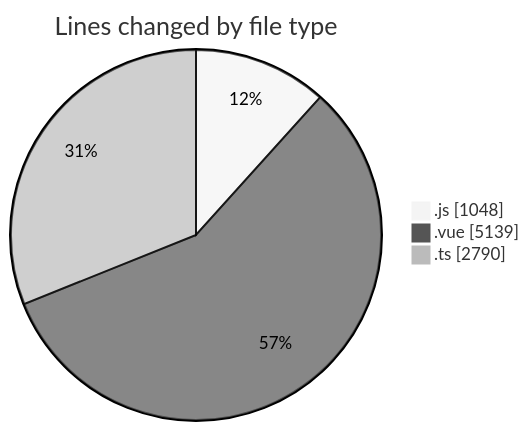
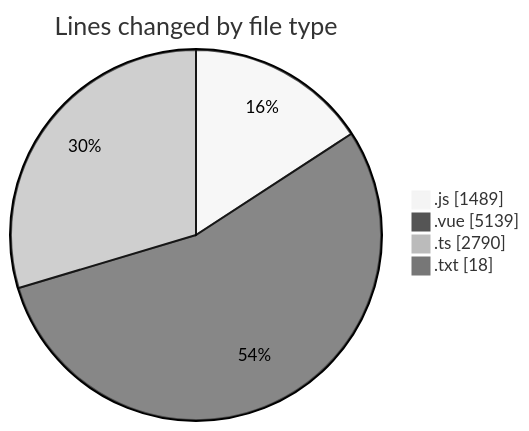
The first of 2 diagrams in 2025-08-17/rentotp/README.md (lephambinh05/code-tracking), drawn with Mermaid (neutral theme) before and after one commit. The commit also changed other lines of this file and 1 other file, not shown here.

````diff
--- a/2025-08-17/rentotp/README.md
+++ b/2025-08-17/rentotp/README.md
@@ -42,7 +45,8 @@
 ```mermaid
 pie showData
 title Lines changed by file type
-".js" : 1048
+".js" : 1489
 ".vue" : 5139
 ".ts" : 2790
+".txt" : 18
 ```
````
